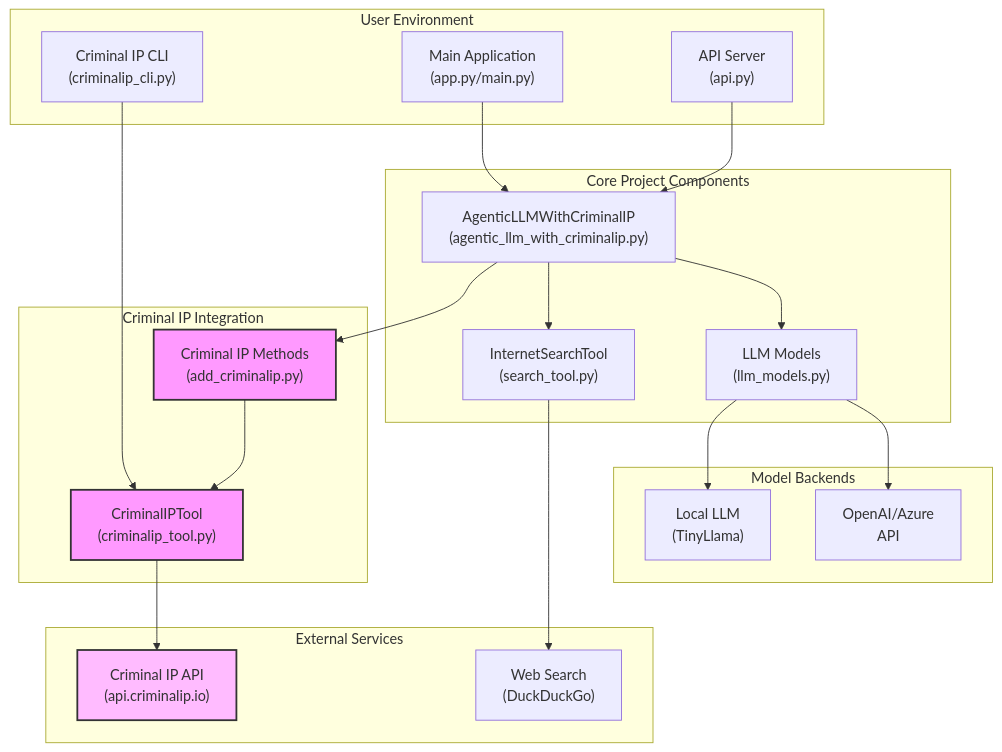
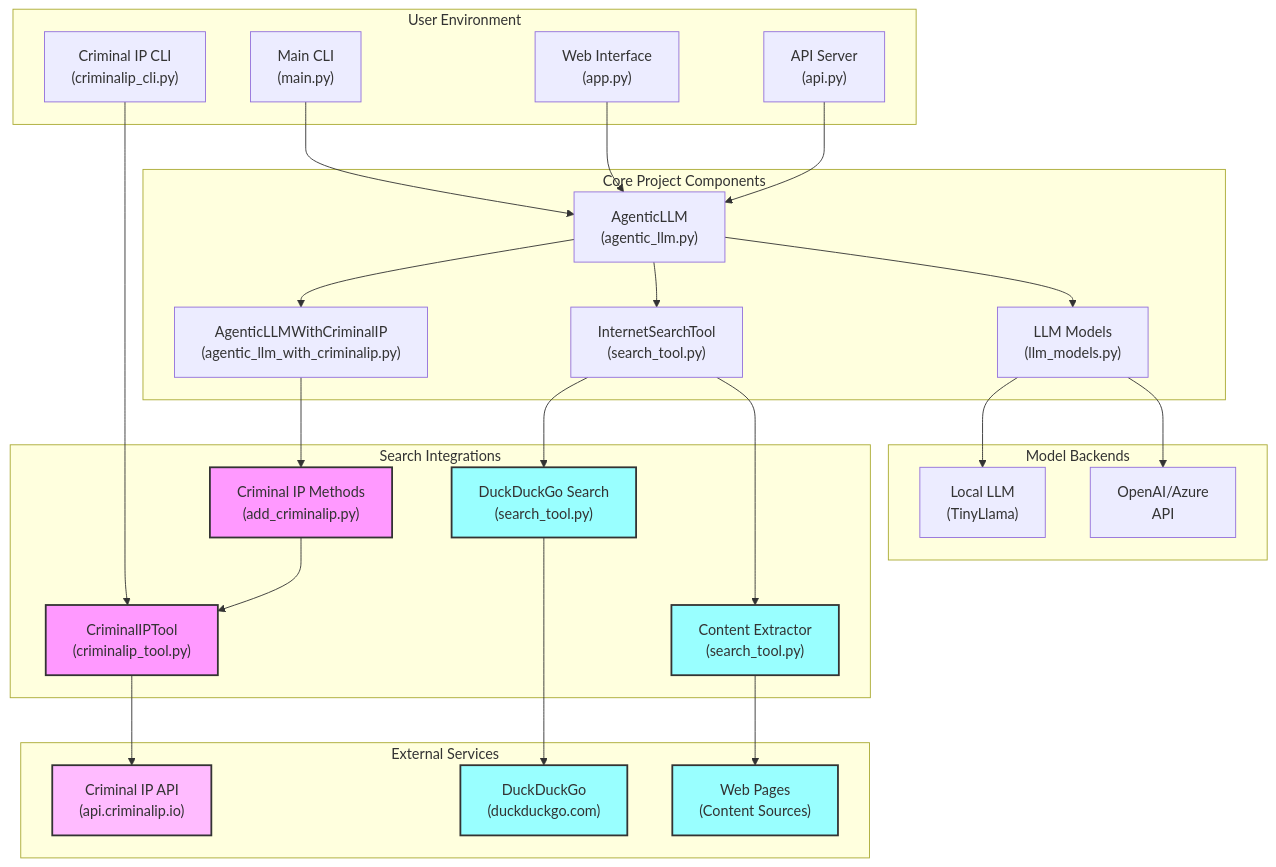
One commit to Htunn/agentic-llm-search changed the third of 3 diagrams in README.md. Above: the diagram before and after it, drawn with Mermaid. The commit also changed other lines of this file, not shown here.

Commit message:
fix criminalip env issue

````diff
--- a/README.md
+++ b/README.md
@@ -438,48 +475,62 @@
 ```mermaid
 flowchart TD
     subgraph User["User Environment"]
         CLI["Criminal IP CLI<br>(criminalip_cli.py)"]
-        App["Main Application<br>(app.py/main.py)"]
+        MainCLI["Main CLI<br>(main.py)"]
+        WebUI["Web Interface<br>(app.py)"]
         API["API Server<br>(api.py)"]
     end
     
     subgraph ProjectCore["Core Project Components"]
-        Agent["AgenticLLMWithCriminalIP<br>(agentic_llm_with_criminalip.py)"]
+        Agent["AgenticLLM<br>(agentic_llm.py)"]
+        CriminalIPAgent["AgenticLLMWithCriminalIP<br>(agentic_llm_with_criminalip.py)"]
         SearchTools["InternetSearchTool<br>(search_tool.py)"]
         LLMModels["LLM Models<br>(llm_models.py)"]
     end
     
-    subgraph CIPIntegration["Criminal IP Integration"]
+    subgraph SearchIntegrations["Search Integrations"]
         CIPTool["CriminalIPTool<br>(criminalip_tool.py)"]
         CIPMethods["Criminal IP Methods<br>(add_criminalip.py)"]
+        WebSearch["DuckDuckGo Search<br>(search_tool.py)"]
+        ContentExtractor["Content Extractor<br>(search_tool.py)"]
     end
     
     subgraph ExternalServices["External Services"]
         CIPAPI["Criminal IP API<br>(api.criminalip.io)"]
-        WebSearch["Web Search<br>(DuckDuckGo)"]
+        DDG["DuckDuckGo<br>(duckduckgo.com)"]
+        WebPages["Web Pages<br>(Content Sources)"]
     end
     
     subgraph ModelBackends["Model Backends"]
         LocalModel["Local LLM<br>(TinyLlama)"]
         CloudAPI["OpenAI/Azure<br>API"]
     end
     
     CLI --> CIPTool
-    App --> Agent
+    MainCLI --> Agent
+    WebUI --> Agent
     API --> Agent
     
-    Agent --> CIPMethods
+    Agent --> CriminalIPAgent
+    CriminalIPAgent --> CIPMethods
     CIPMethods --> CIPTool
     Agent --> SearchTools
+    SearchTools --> WebSearch
+    SearchTools --> ContentExtractor
     Agent --> LLMModels
     
     CIPTool --> CIPAPI
-    SearchTools --> WebSearch
+    WebSearch --> DDG
+    ContentExtractor --> WebPages
     
     LLMModels --> LocalModel
     LLMModels --> CloudAPI
     
     style CIPTool fill:#f9f,stroke:#333,stroke-width:2px
     style CIPMethods fill:#f9f,stroke:#333,stroke-width:2px
     style CIPAPI fill:#fbf,stroke:#333,stroke-width:2px
+    style WebSearch fill:#9ff,stroke:#333,stroke-width:2px
+    style ContentExtractor fill:#9ff,stroke:#333,stroke-width:2px
+    style DDG fill:#9ff,stroke:#333,stroke-width:2px
+    style WebPages fill:#9ff,stroke:#333,stroke-width:2px
 ```
````
